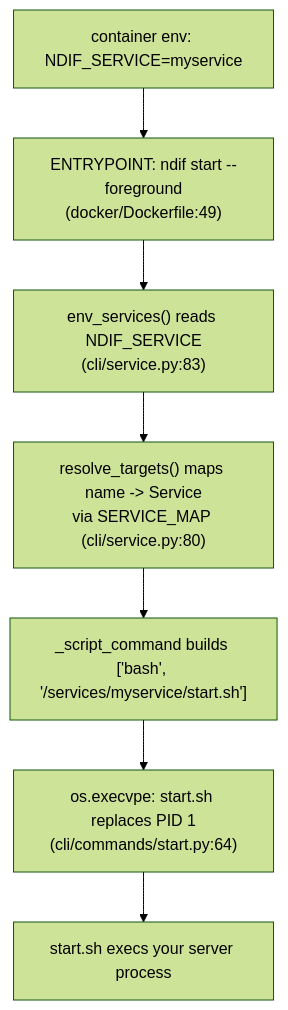
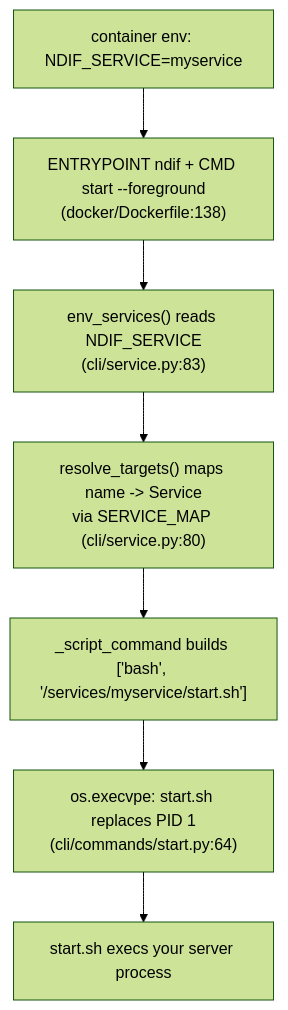
The diagram in docs/developing/adding-a-service.md (ndif-team/ndif), drawn with Mermaid (forest theme) before and after one commit. The commit also changed other lines of this file and 64 other files, not shown here.

````diff
--- a/docs/developing/adding-a-service.md
+++ b/docs/developing/adding-a-service.md
@@ -28,9 +28,9 @@
 ```mermaid
 flowchart TB
-    A["container env: NDIF_SERVICE=myservice"] --> B["ENTRYPOINT: ndif start --foreground<br/>(docker/Dockerfile:49)"]
+    A["container env: NDIF_SERVICE=myservice"] --> B["ENTRYPOINT ndif + CMD start --foreground<br/>(docker/Dockerfile:138)"]
     B --> C["env_services() reads NDIF_SERVICE<br/>(cli/service.py:83)"]
     C --> D["resolve_targets() maps name -> Service<br/>via SERVICE_MAP (cli/service.py:80)"]
     D --> E["_script_command builds ['bash', '<pkg>/services/myservice/start.sh']"]
     E --> F["os.execvpe: start.sh replaces PID 1<br/>(cli/commands/start.py:64)"]
     F --> G["start.sh execs your server process"]
 ```
````
